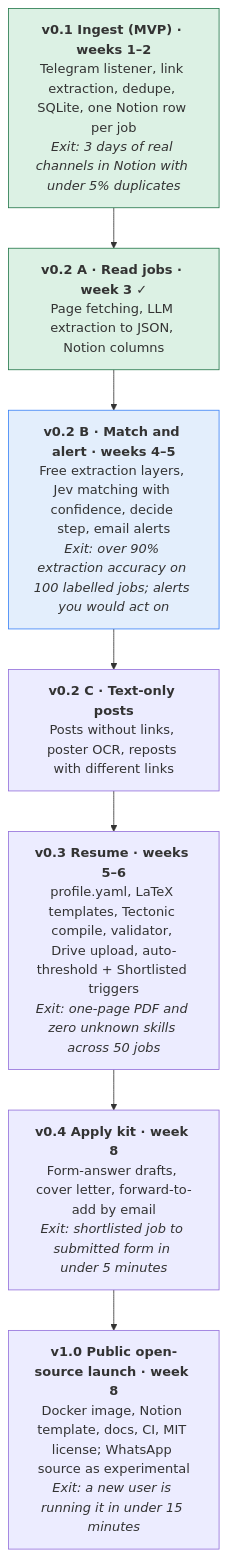
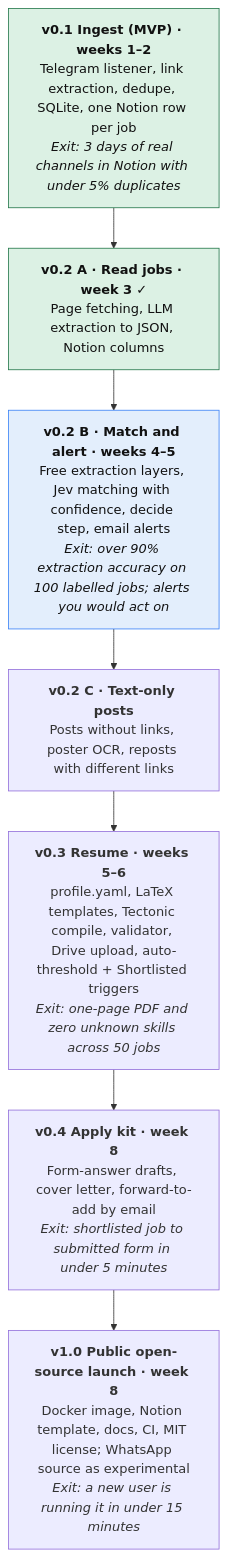
Before and after one commit to ThePlator/JobRadar: the diagram in docs/PRD.md, drawn with Mermaid. The commit also changed 2 other files, not shown here.

Commit message:
Make Mermaid diagrams readable in GitHub dark theme
Light node fills had no text colour, so GitHub's dark theme drew light
text on pale boxes. Set dark text on filled nodes and use a dashed
outline instead of a grey fill for the external-calls node.

````diff
--- a/docs/PRD.md
+++ b/docs/PRD.md
@@ -191,14 +191,14 @@
 ```mermaid
 flowchart TB
     R1["<b>v0.1 Ingest (MVP) · weeks 1–2</b><br/>Telegram listener, link extraction, dedupe, SQLite, one Notion row per job<br/><i>Exit: 3 days of real channels in Notion with under 5% duplicates</i>"]
     R2A["<b>v0.2 A · Read jobs · week 3</b> ✓<br/>Page fetching, LLM extraction to JSON, Notion columns"]
     R2B["<b>v0.2 B · Match and alert · weeks 4–5</b><br/>Free extraction layers, Jev matching with confidence, decide step, email alerts<br/><i>Exit: over 90% extraction accuracy on 100 labelled jobs; alerts you would act on</i>"]
     R2C["<b>v0.2 C · Text-only posts</b><br/>Posts without links, poster OCR, reposts with different links"]
     R3["<b>v0.3 Resume · weeks 5–6</b><br/>profile.yaml, LaTeX templates, Tectonic compile, validator, Drive upload, auto-threshold + Shortlisted triggers<br/><i>Exit: one-page PDF and zero unknown skills across 50 jobs</i>"]
     R4["<b>v0.4 Apply kit · week 8</b><br/>Form-answer drafts, cover letter, forward-to-add by email<br/><i>Exit: shortlisted job to submitted form in under 5 minutes</i>"]
     R5["<b>v1.0 Public open-source launch · week 8</b><br/>Docker image, Notion template, docs, CI, MIT license; WhatsApp source as experimental<br/><i>Exit: a new user is running it in under 15 minutes</i>"]
     R1 --> R2A --> R2B --> R2C --> R3 --> R4 --> R5
-    style R1 fill:#dcf1e4,stroke:#23774a
-    style R2A fill:#dcf1e4,stroke:#23774a
-    style R2B fill:#e3eefc,stroke:#3b82f6
+    style R1 fill:#dcf1e4,stroke:#23774a,color:#111
+    style R2A fill:#dcf1e4,stroke:#23774a,color:#111
+    style R2B fill:#e3eefc,stroke:#3b82f6,color:#111
 ```
````
